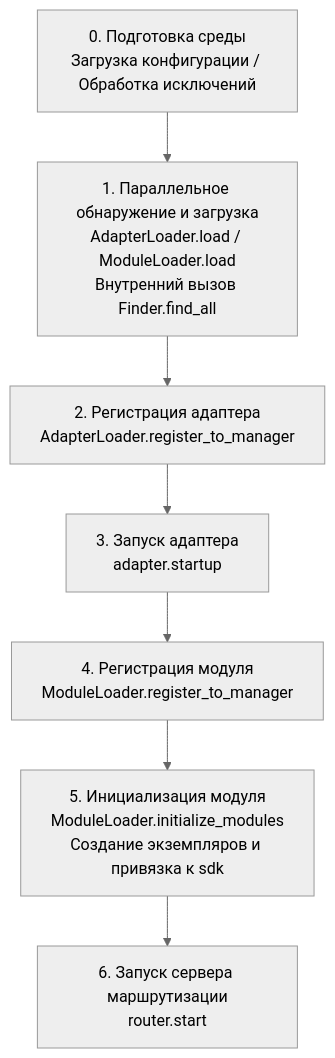
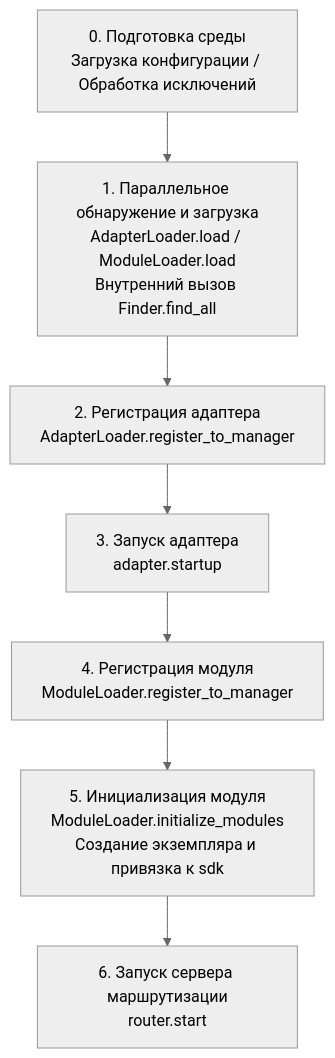
Before and after one commit to ErisPulse/ErisPulse: the diagram in docs/ru/advanced/startup.md, drawn with Mermaid (neutral theme). The commit also changed other lines of this file and 622 other files, not shown here.

````diff
--- a/docs/ru/advanced/startup.md
+++ b/docs/ru/advanced/startup.md
@@ -27,10 +27,10 @@
 ```mermaid
 flowchart TD
     A[0. Подготовка среды<br/>Загрузка конфигурации / Обработка исключений] --> B
     B[1. Параллельное обнаружение и загрузка<br/>AdapterLoader.load / ModuleLoader.load<br/>Внутренний вызов Finder.find_all] --> C
     C[2. Регистрация адаптера<br/>AdapterLoader.register_to_manager] --> D
     D[3. Запуск адаптера<br/>adapter.startup] --> E
     E[4. Регистрация модуля<br/>ModuleLoader.register_to_manager] --> F
-    F[5. Инициализация модуля<br/>ModuleLoader.initialize_modules<br/>Создание экземпляров и привязка к sdk] --> G
+    F[5. Инициализация модуля<br/>ModuleLoader.initialize_modules<br/>Создание экземпляра и привязка к sdk] --> G
     G[6. Запуск сервера маршрутизации<br/>router.start]
 ```
````
